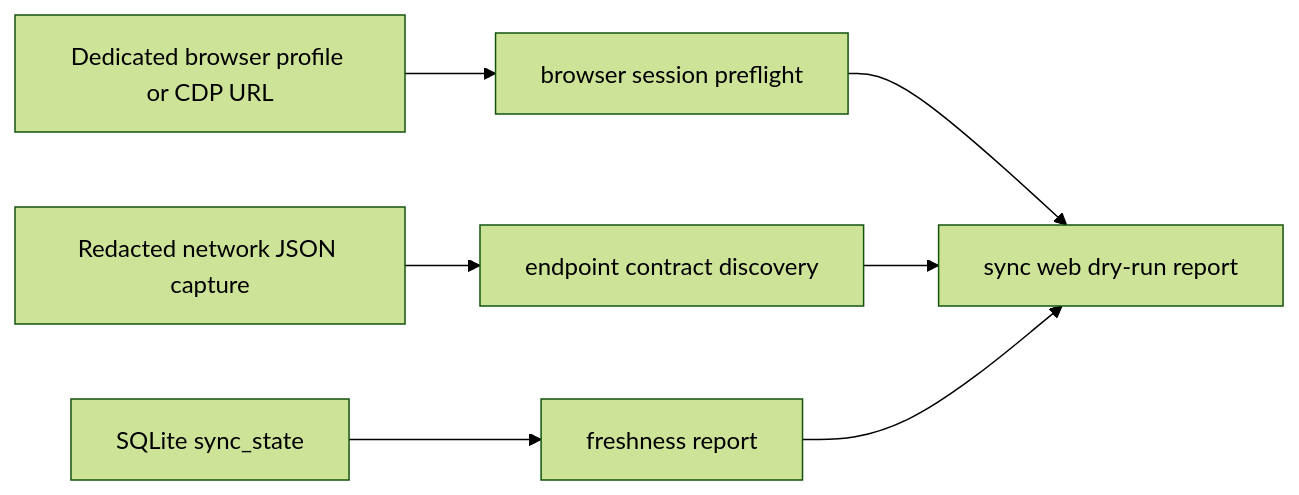
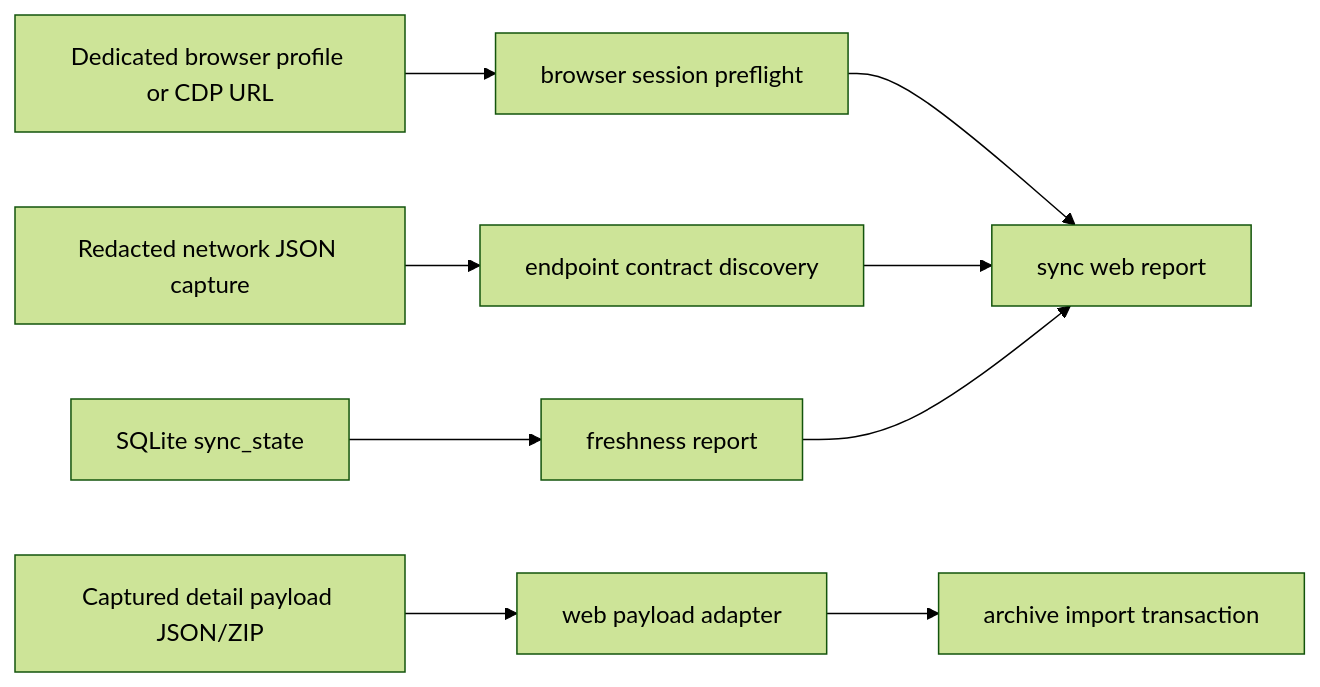
Before and after one commit to jamespheffernan/aicrawl: the second of 3 diagrams in docs/ARCHITECTURE.md, drawn with Mermaid (forest theme). The commit also changed other lines of this file and 16 other files, not shown here.

Commit message:
feat: import captured web payloads

````diff
--- a/docs/ARCHITECTURE.md
+++ b/docs/ARCHITECTURE.md
@@ -56,9 +60,11 @@
 ```mermaid
 flowchart LR
   BrowserProfile["Dedicated browser profile or CDP URL"] --> SessionPlan["browser session preflight"]
   NetworkCapture["Redacted network JSON capture"] --> ContractDiscovery["endpoint contract discovery"]
   ArchiveState["SQLite sync_state"] --> Freshness["freshness report"]
-  SessionPlan --> Report["sync web dry-run report"]
+  SourcePayload["Captured detail payload JSON/ZIP"] --> WebAdapter["web payload adapter"]
+  WebAdapter --> Archive["archive import transaction"]
+  SessionPlan --> Report["sync web report"]
   ContractDiscovery --> Report
   Freshness --> Report
 ```
````
